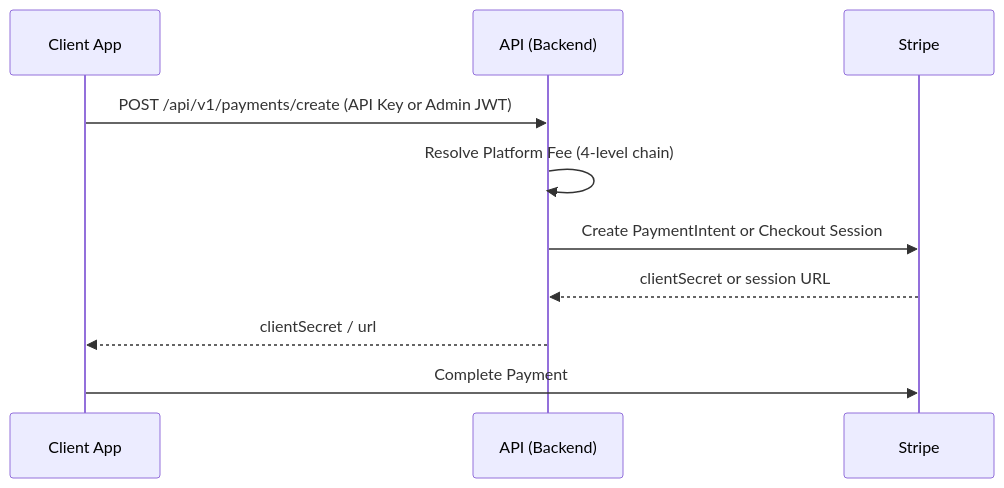
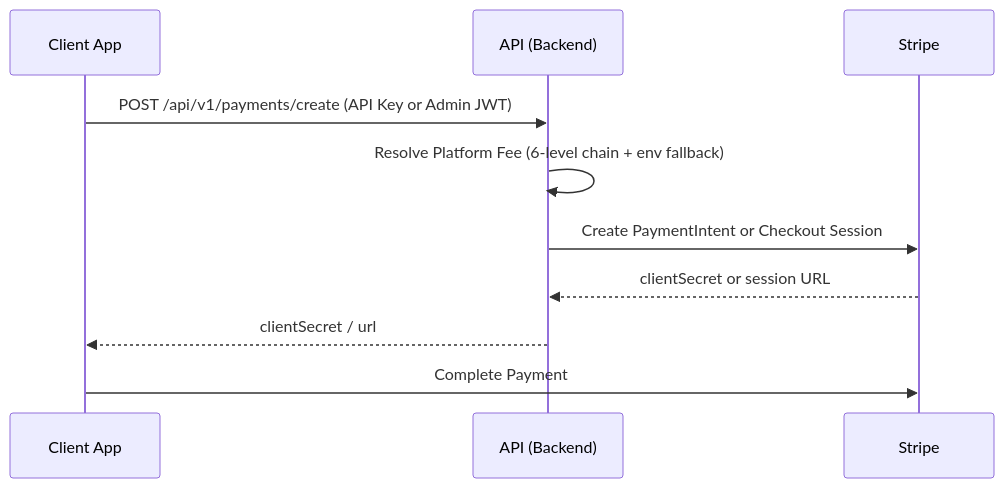
Before and after one commit to DFW-Software-Consulting/dfwsc2.0: the first of 2 diagrams in docs/ARCHITECTURE.md, drawn with Mermaid. The commit also changed 15 other files, not shown here.

````diff
--- a/docs/ARCHITECTURE.md
+++ b/docs/ARCHITECTURE.md
@@ -25,13 +25,13 @@
 ```mermaid
 sequenceDiagram
     participant C as Client App
     participant A as API (Backend)
     participant S as Stripe
 
     C->>A: POST /api/v1/payments/create (API Key or Admin JWT)
-    A->>A: Resolve Platform Fee (4-level chain)
+    A->>A: Resolve Platform Fee (6-level chain + env fallback)
     A->>S: Create PaymentIntent or Checkout Session
     S-->>A: clientSecret or session URL
     A-->>C: clientSecret / url
     C->>S: Complete Payment
 ```
````
